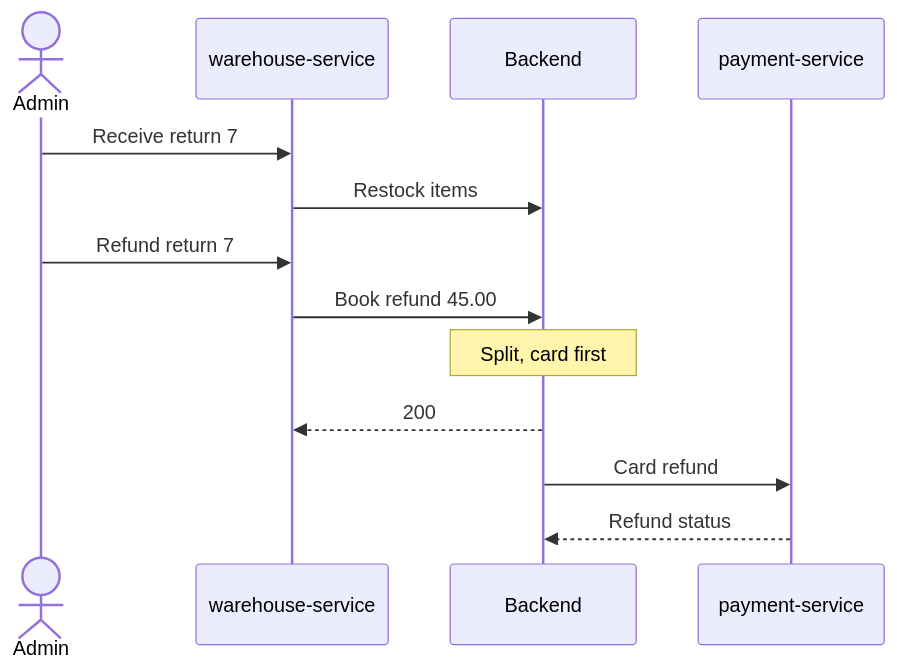
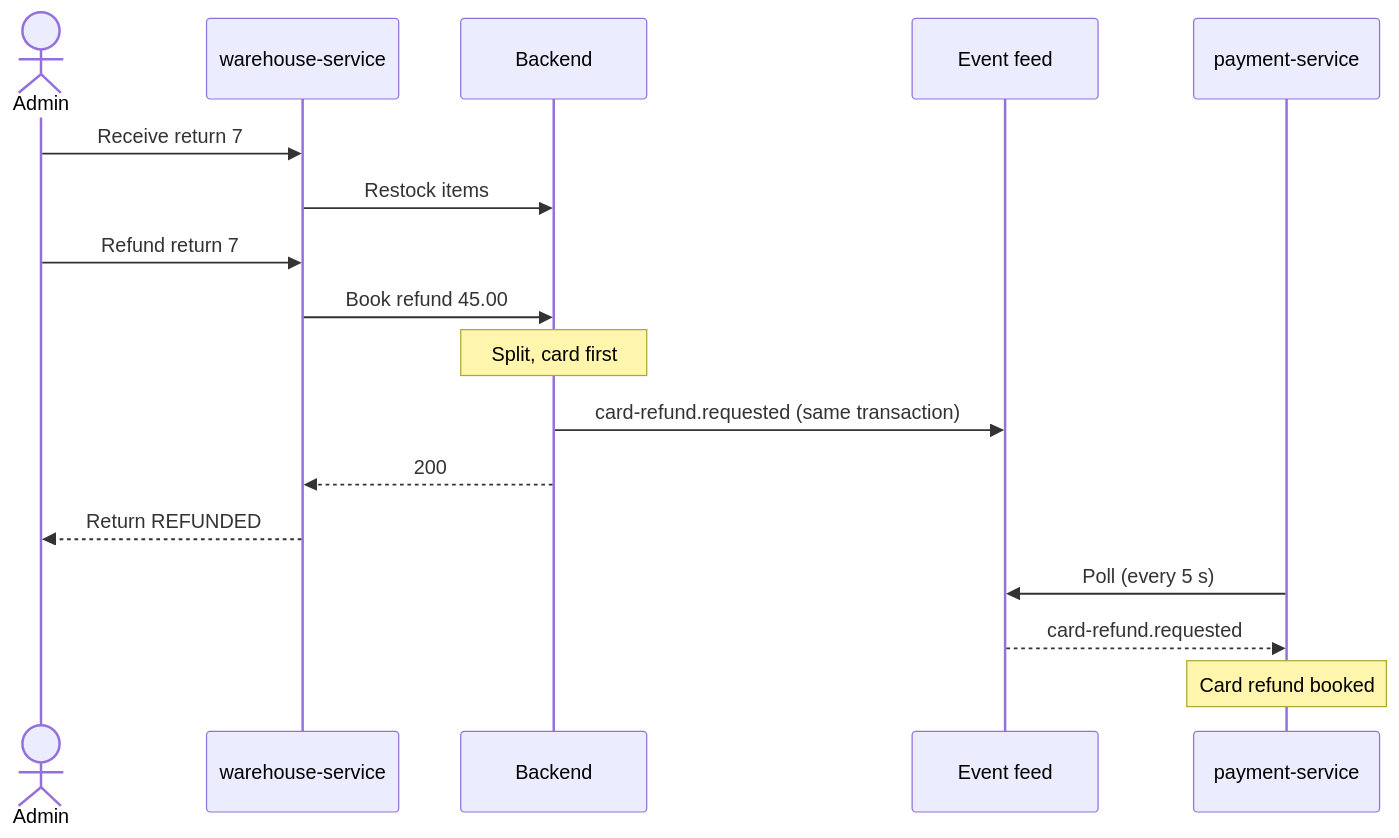
One commit to slawekradzyminski/awesome-localstack changed the second of 2 diagrams in docs-site/docs/flows/returns-refunds.md. Above: the diagram before and after it, drawn with Mermaid. The commit also changed other lines of this file and 30 other files, not shown here.

First line of the commit message:
Event feed release: backend 3.16.0, warehouse-service 1.3.0, payment-service 1.1.0, architecture decisions (#83)

````diff
--- a/docs-site/docs/flows/returns-refunds.md
+++ b/docs-site/docs/flows/returns-refunds.md
@@ -52,15 +52,19 @@
 ```mermaid
 sequenceDiagram
     actor A as Admin
     participant W as warehouse-service
     participant B as Backend
+    participant F as Event feed
     participant P as payment-service
     A->>W: Receive return 7
     W->>B: Restock items
     A->>W: Refund return 7
     W->>B: Book refund 45.00
     Note over B: Split, card first
+    B->>F: card-refund.requested (same transaction)
     B-->>W: 200
-    B->>P: Card refund
-    P-->>B: Refund status
+    W-->>A: Return REFUNDED
+    P->>F: Poll (every 5 s)
+    F-->>P: card-refund.requested
+    Note over P: Card refund booked
 ```
````
